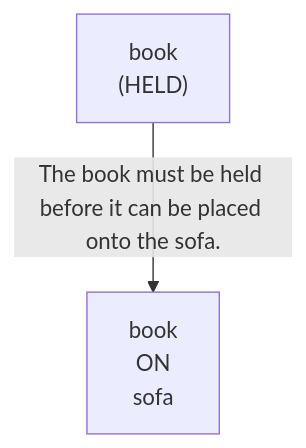
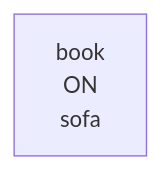
One commit to scuama/virtualhome changed the first of 11 diagrams in evaluation/results/table2/robostate/instruction_type/vague/E_SEM_G03_S3_vague/run_E_SEM_G03_S3_vague.md. Above: the diagram before and after it, drawn with Mermaid. The commit also changed other lines of this file and 108 other files, not shown here.

````diff
--- a/evaluation/results/table2/robostate/instruction_type/vague/E_SEM_G03_S3_vague/run_E_SEM_G03_S3_vague.md
+++ b/evaluation/results/table2/robostate/instruction_type/vague/E_SEM_G03_S3_vague/run_E_SEM_G03_S3_vague.md
@@ -75,6 +75,4 @@
 ```mermaid
 graph TD
     N1["book<br>ON<br>sofa"]
-    N2["book<br>(HELD)"]
-    N2 -->|"The book must be held before it can be placed onto the sofa."| N1
 ```
````
